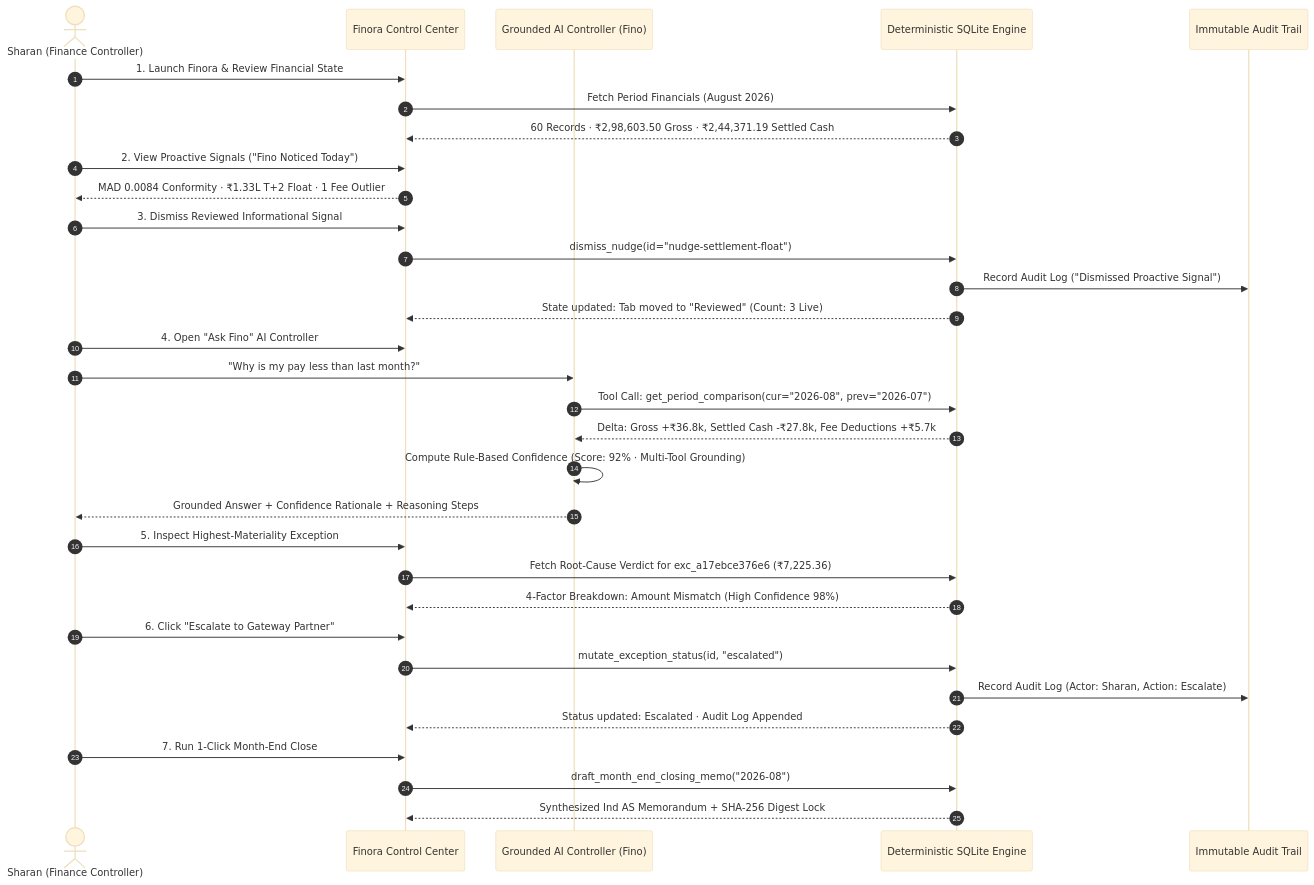
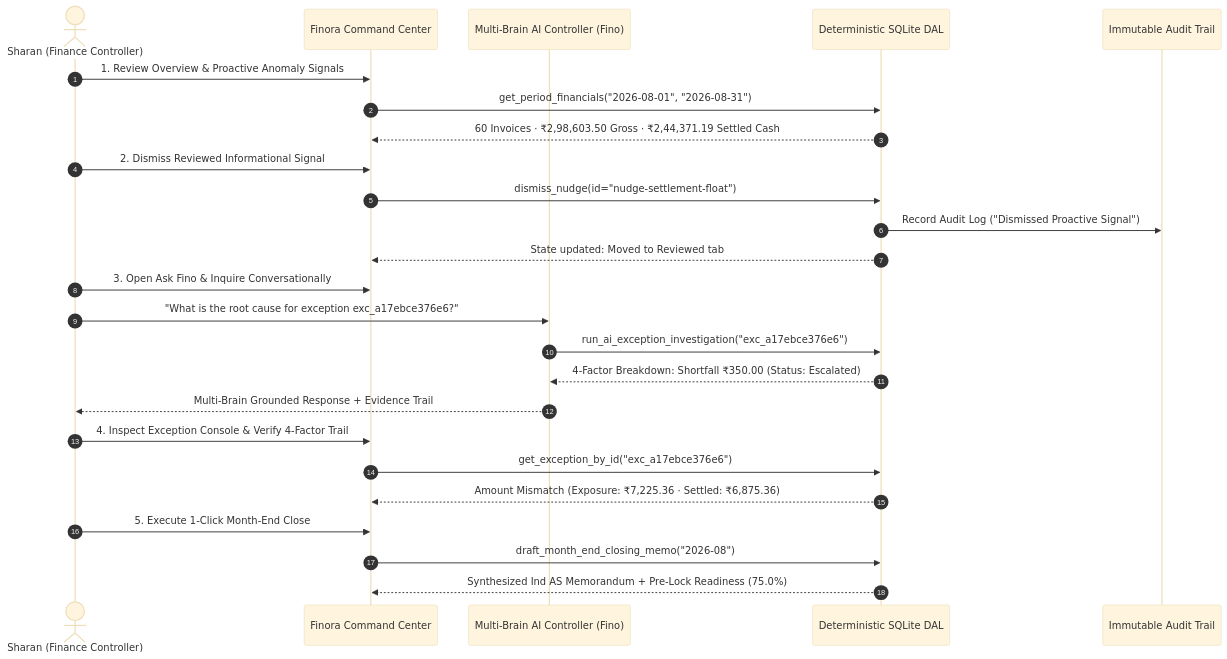
Before and after one commit to sharancode3/Finora: the third of 4 diagrams in README.md, drawn with Mermaid (base theme). The commit also changed other lines of this file and 32 other files, not shown here.

Commit message:
feat: complete Phase 0-10 final sprint, multi-brain Gemma 3 architecture, site-wide consistency, and institutional README

````diff
--- a/README.md
+++ b/README.md
@@ -139,35 +190,28 @@
 ```mermaid
 sequenceDiagram
     autonumber
-    actor User as Sharan (Finance Controller)
-    participant UI as Finora Control Center
-    participant Agent as Grounded AI Controller (Fino)
-    participant Core as Deterministic SQLite Engine
+    actor Controller as Sharan (Finance Controller)
+    participant UI as Finora Command Center
+    participant Agent as Multi-Brain AI Controller (Fino)
+    participant Core as Deterministic SQLite DAL
     participant Audit as Immutable Audit Trail
 
-    User->>UI: 1. Launch Finora & Review Financial State
-    UI->>Core: Fetch Period Financials (August 2026)
-    Core-->>UI: 60 Records · ₹2,98,603.50 Gross · ₹2,44,371.19 Settled Cash
-    User->>UI: 2. View Proactive Signals ("Fino Noticed Today")
-    UI-->>User: MAD 0.0084 Conformity · ₹1.33L T+2 Float · 1 Fee Outlier
-    User->>UI: 3. Dismiss Reviewed Informational Signal
+    Controller->>UI: 1. Review Overview & Proactive Anomaly Signals
+    UI->>Core: get_period_financials("2026-08-01", "2026-08-31")
+    Core-->>UI: 60 Invoices · ₹2,98,603.50 Gross · ₹2,44,371.19 Settled Cash
+    Controller->>UI: 2. Dismiss Reviewed Informational Signal
     UI->>Core: dismiss_nudge(id="nudge-settlement-float")
     Core->>Audit: Record Audit Log ("Dismissed Proactive Signal")
-    Core-->>UI: State updated: Tab moved to "Reviewed" (Count: 3 Live)
-    User->>UI: 4. Open "Ask Fino" AI Controller
-    User->>Agent: "Why is my pay less than last month?"
-    Agent->>Core: Tool Call: get_period_comparison(cur="2026-08", prev="2026-07")
-    Core-->>Agent: Delta: Gross +₹36.8k, Settled Cash -₹27.8k, Fee Deductions +₹5.7k
-    Agent->>Agent: Compute Rule-Based Confidence (Score: 92% · Multi-Tool Grounding)
-    Agent-->>User: Grounded Answer + Confidence Rationale + Reasoning Steps
-    User->>UI: 5. Inspect Highest-Materiality Exception
-    UI->>Core: Fetch Root-Cause Verdict for exc_a17ebce376e6 (₹7,225.36)
-    Core-->>UI: 4-Factor Breakdown: Amount Mismatch (High Confidence 98%)
-    User->>UI: 6. Click "Escalate to Gateway Partner"
-    UI->>Core: mutate_exception_status(id, "escalated")
-    Core->>Audit: Record Audit Log (Actor: Sharan, Action: Escalate)
-    Core-->>UI: Status updated: Escalated · Audit Log Appended
-    User->>UI: 7. Run 1-Click Month-End Close
+    Core-->>UI: State updated: Moved to Reviewed tab
+    Controller->>UI: 3. Open Ask Fino & Inquire Conversationally
+    Controller->>Agent: "What is the root cause for exception exc_a17ebce376e6?"
+    Agent->>Core: run_ai_exception_investigation("exc_a17ebce376e6")
+    Core-->>Agent: 4-Factor Breakdown: Shortfall ₹350.00 (Status: Escalated)
+    Agent-->>Controller: Multi-Brain Grounded Response + Evidence Trail
+    Controller->>UI: 4. Inspect Exception Console & Verify 4-Factor Trail
+    UI->>Core: get_exception_by_id("exc_a17ebce376e6")
+    Core-->>UI: Amount Mismatch (Exposure: ₹7,225.36 · Settled: ₹6,875.36)
+    Controller->>UI: 5. Execute 1-Click Month-End Close
     UI->>Core: draft_month_end_closing_memo("2026-08")
-    Core-->>UI: Synthesized Ind AS Memorandum + SHA-256 Digest Lock
+    Core-->>UI: Synthesized Ind AS Memorandum + Pre-Lock Readiness (75.0%)
 ```
````
